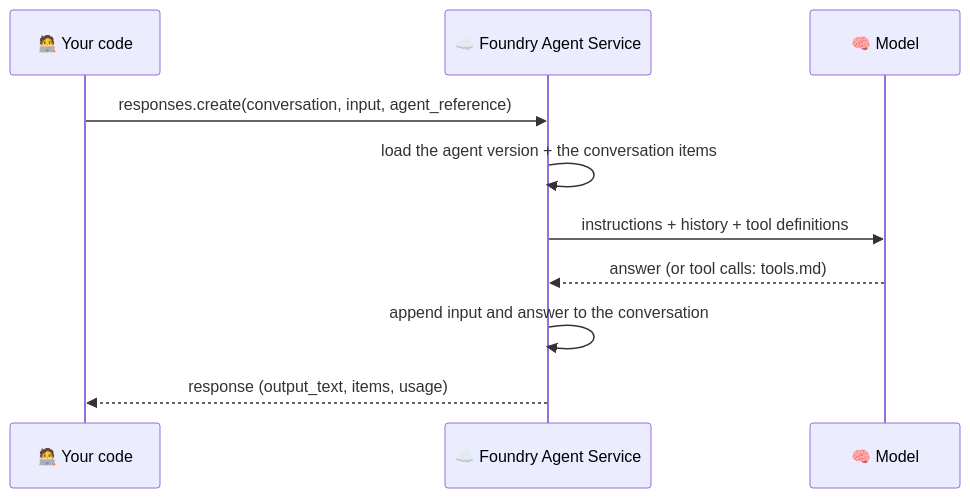
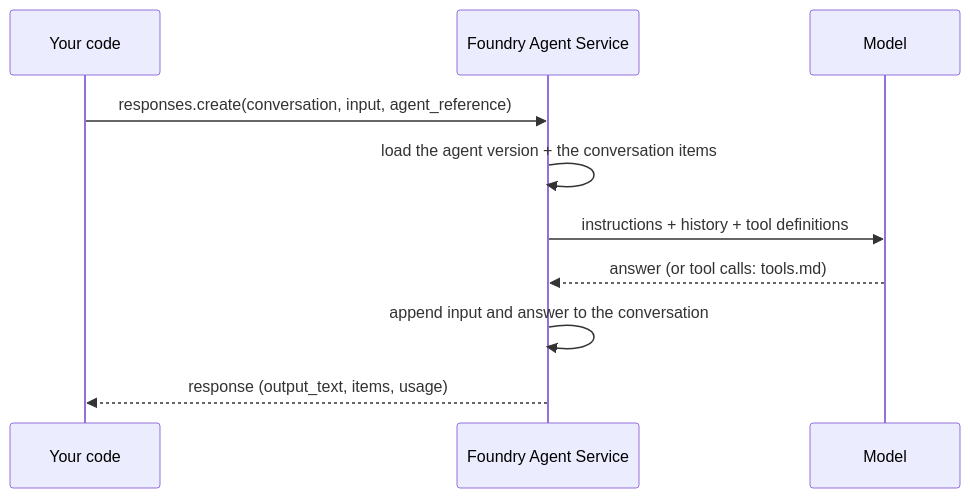
One commit to nampacx/MS-Foundry-from-0-to-hero changed the first of 2 diagrams in docs/agents.md. Above: the diagram before and after it, drawn with Mermaid. The commit also changed other lines of this file and 37 other files, not shown here.

````diff
--- a/docs/agents.md
+++ b/docs/agents.md
@@ -18,12 +18,12 @@
 ```mermaid
 sequenceDiagram
-    participant C as 🧑‍💻 Your code
-    participant F as ☁️ Foundry Agent Service
-    participant M as 🧠 Model
+    participant C as Your code
+    participant F as Foundry Agent Service
+    participant M as Model
     C->>F: responses.create(conversation, input, agent_reference)
     F->>F: load the agent version + the conversation items
     F->>M: instructions + history + tool definitions
     M-->>F: answer (or tool calls: tools.md)
     F->>F: append input and answer to the conversation
     F-->>C: response (output_text, items, usage)
 ```
````
